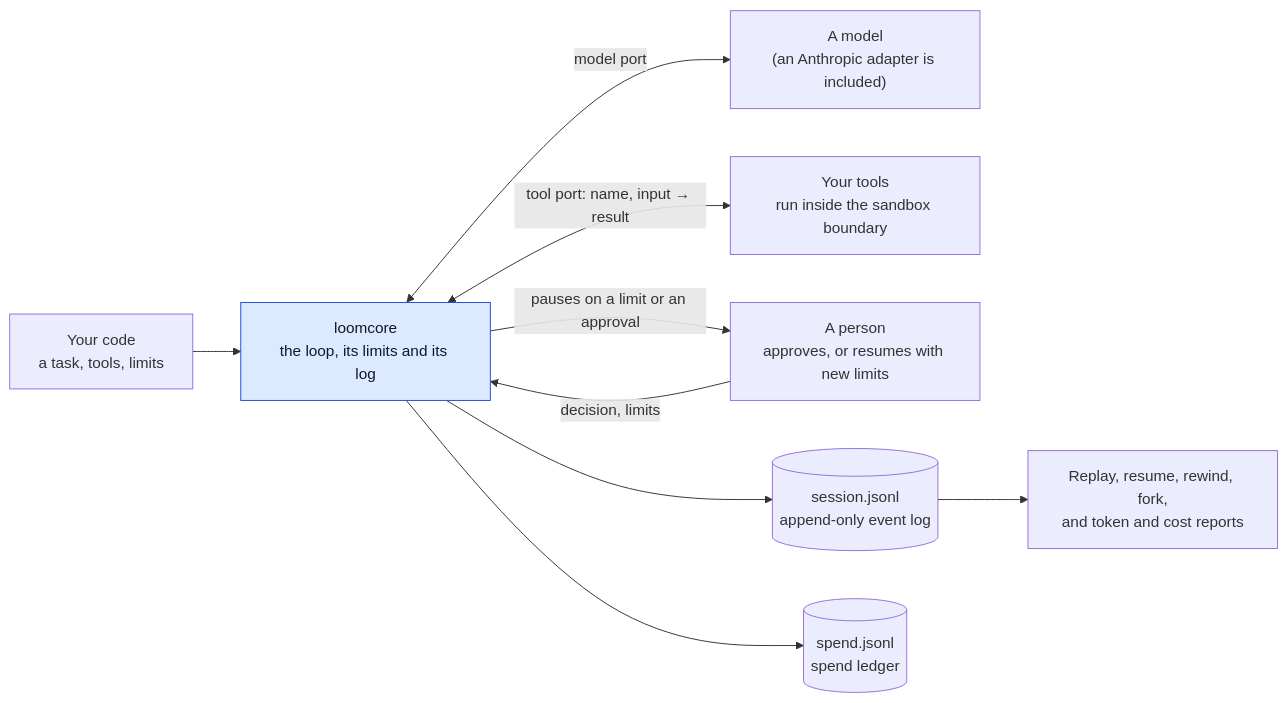
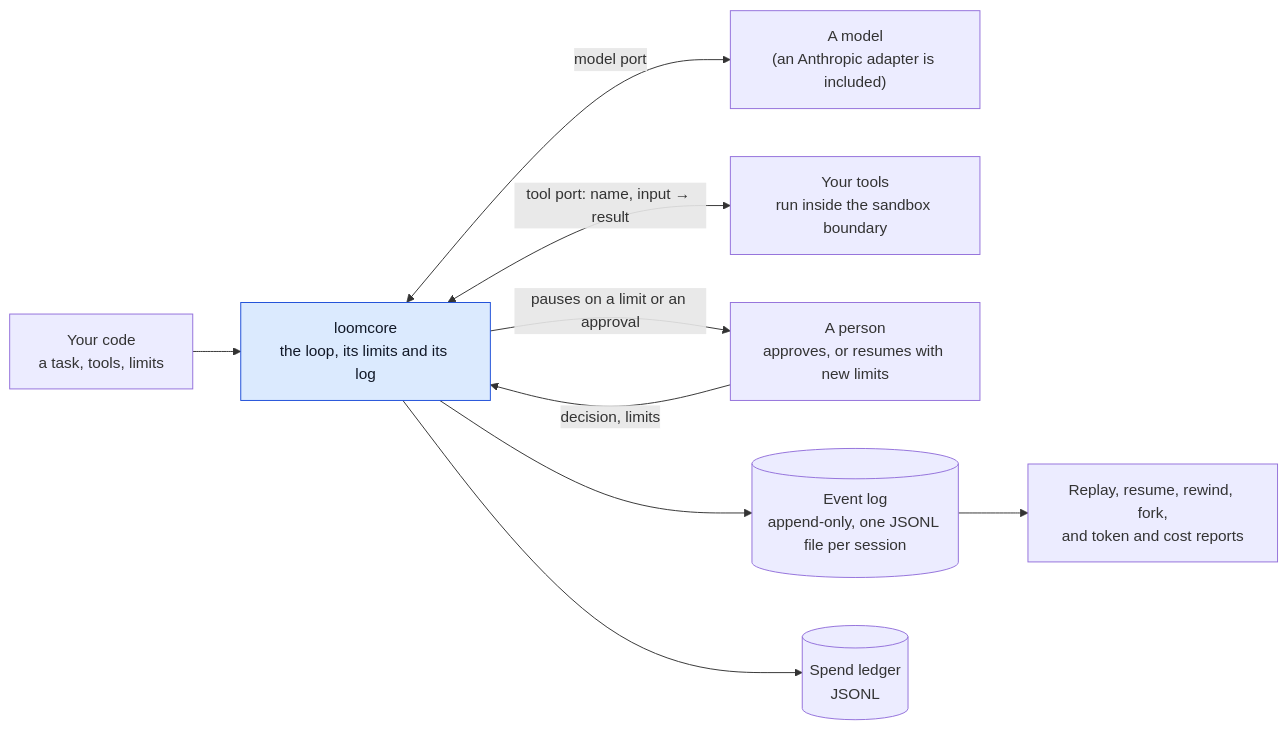
The first of 4 diagrams in README.md (kangaliaisaac/loomcore), drawn with Mermaid before and after one commit. The commit also changed other lines of this file, not shown here.

First line of the commit message:
Answer the review of the diagrams: the guards and the escalation come before the tool_requested lines

````diff
--- a/README.md
+++ b/README.md
@@ -34,14 +34,14 @@
 ```mermaid
 flowchart LR
     you["Your code<br/>a task, tools, limits"] --> lc["loomcore<br/>the loop, its limits and its log"]
     lc <-->|"model port"| model["A model<br/>(an Anthropic adapter is included)"]
     lc <-->|"tool port: name, input → result"| tools["Your tools<br/>run inside the sandbox boundary"]
     lc -->|"pauses on a limit or an approval"| human["A person<br/>approves, or resumes with new limits"]
     human -->|"decision, limits"| lc
-    lc --> log[("session.jsonl<br/>append-only event log")]
-    lc --> spend[("spend.jsonl<br/>spend ledger")]
+    lc --> log[("Event log<br/>append-only, one JSONL file per session")]
+    lc --> spend[("Spend ledger<br/>JSONL")]
     log --> after["Replay, resume, rewind, fork,<br/>and token and cost reports"]
 
     classDef lg fill:#dbeafe,stroke:#1d4ed8,color:#111827
     class lc lg
 ```
````
